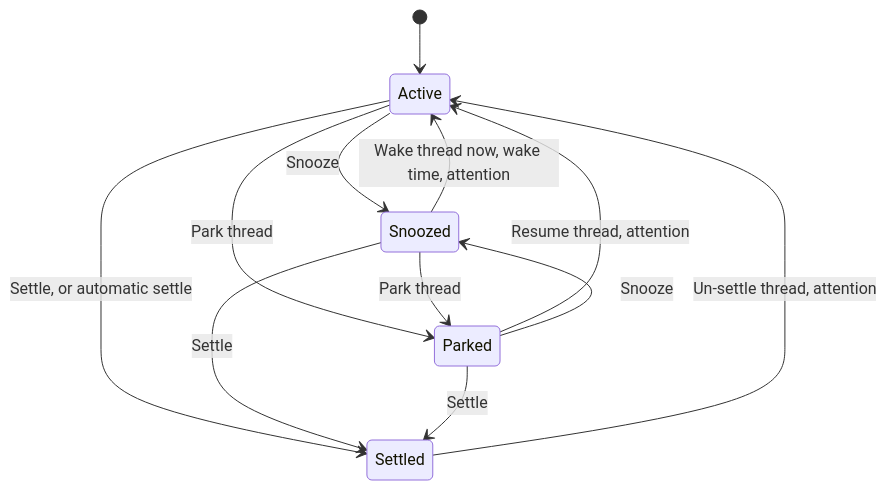
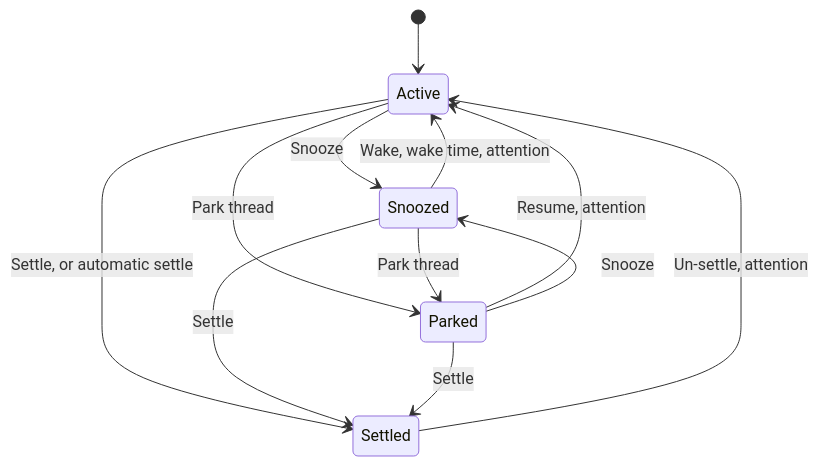
One commit to gperezmz/bb-plugins changed the diagram in docs/reference/thread-glance-actions.md. Above: the diagram before and after it, drawn with Mermaid. The commit also changed other lines of this file and 6 other files, not shown here.

````diff
--- a/docs/reference/thread-glance-actions.md
+++ b/docs/reference/thread-glance-actions.md
@@ -3,14 +3,14 @@
 ```mermaid
 stateDiagram-v2
   [*] --> Active
   Active --> Snoozed: Snooze
   Active --> Parked: Park thread
   Active --> Settled: Settle, or automatic settle
-  Snoozed --> Active: Wake thread now, wake time, attention
-  Parked --> Active: Resume thread, attention
-  Settled --> Active: Un-settle thread, attention
+  Snoozed --> Active: Wake, wake time, attention
+  Parked --> Active: Resume, attention
+  Settled --> Active: Un-settle, attention
   Snoozed --> Parked: Park thread
   Snoozed --> Settled: Settle
   Parked --> Snoozed: Snooze
   Parked --> Settled: Settle
 ```
````
